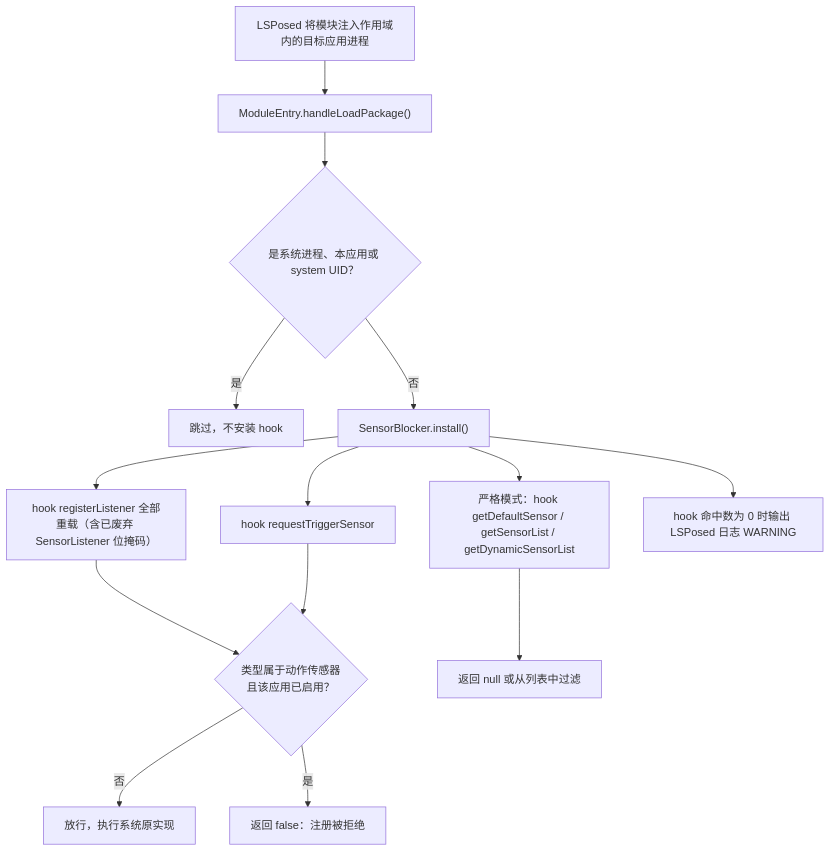
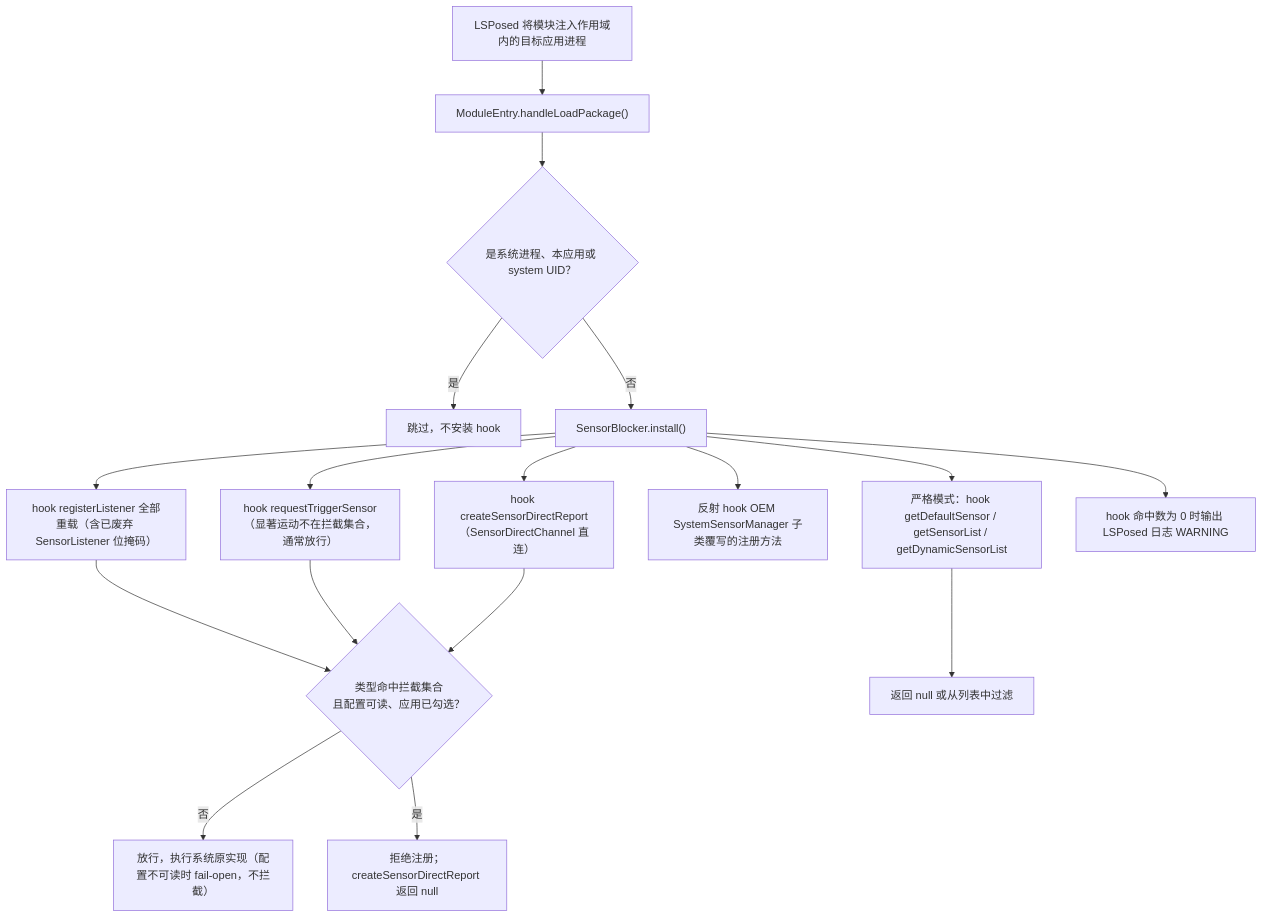
The second of 2 diagrams in README.md (liuyunyang928/1), drawn with Mermaid before and after one commit. The commit also changed other lines of this file and 10 other files, not shown here.

First line of the commit message:
fix: 独立审查修复：配置缓存/fail-open、OEM 子类 hook、直连通道与文档同步

````diff
--- a/README.md
+++ b/README.md
@@ -99,16 +105,19 @@
 ```mermaid
 flowchart TD
     A["LSPosed 将模块注入作用域内的目标应用进程"] --> B["ModuleEntry.handleLoadPackage()"]
     B --> C{"是系统进程、本应用或 system UID？"}
     C -- "是" --> Z["跳过，不安装 hook"]
     C -- "否" --> D["SensorBlocker.install()"]
     D --> E["hook registerListener 全部重载（含已废弃 SensorListener 位掩码）"]
-    D --> F["hook requestTriggerSensor"]
+    D --> F["hook requestTriggerSensor（显著运动不在拦截集合，通常放行）"]
+    D --> M["hook createSensorDirectReport（SensorDirectChannel 直连）"]
+    D --> N["反射 hook OEM SystemSensorManager 子类覆写的注册方法"]
     D --> G["严格模式：hook getDefaultSensor / getSensorList / getDynamicSensorList"]
-    E --> H{"类型属于动作传感器<br/>且该应用已启用？"}
+    E --> H{"类型命中拦截集合<br/>且配置可读、应用已勾选？"}
     F --> H
-    H -- "否" --> I["放行，执行系统原实现"]
-    H -- "是" --> J["返回 false：注册被拒绝"]
+    M --> H
+    H -- "否" --> I["放行，执行系统原实现（配置不可读时 fail-open，不拦截）"]
+    H -- "是" --> J["拒绝注册；createSensorDirectReport 返回 null"]
     G --> K["返回 null 或从列表中过滤"]
     D --> L["hook 命中数为 0 时输出 LSPosed 日志 WARNING"]
 ```
````
